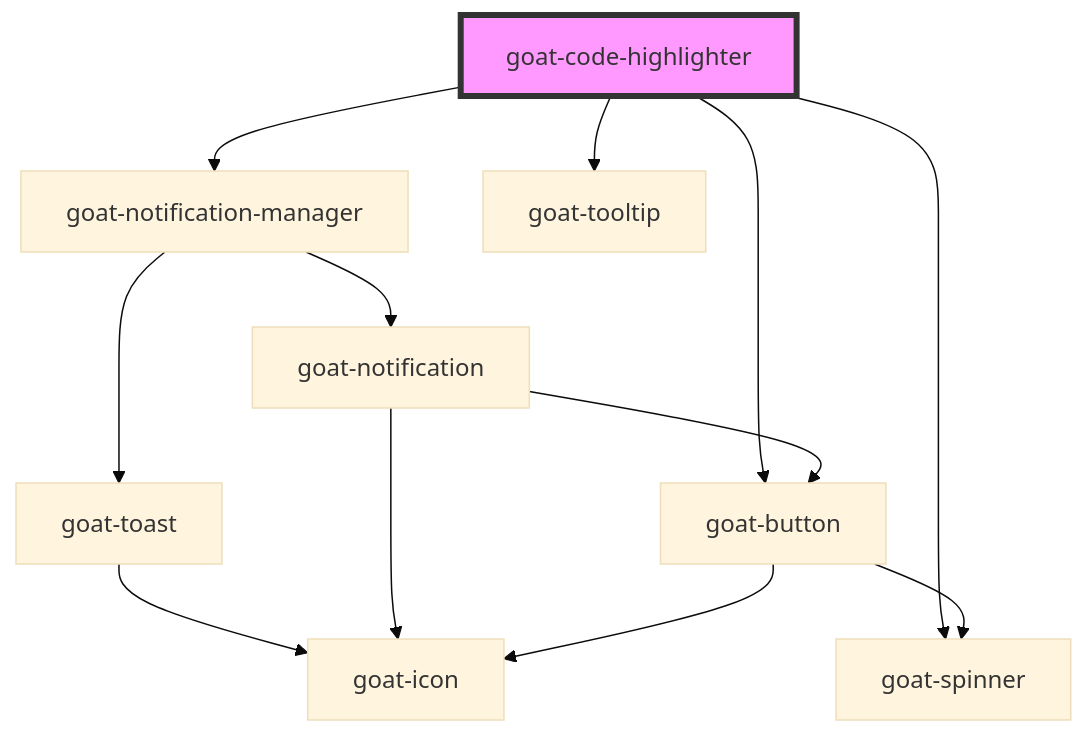
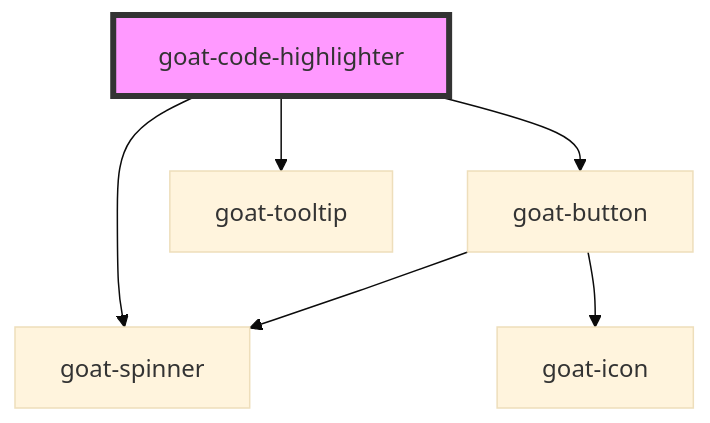
One commit to goatui/components changed the diagram in src/components/application/code-highlighter/readme.md. Above: the diagram before and after it, drawn with Mermaid (base theme). The commit also changed other lines of this file and 137 other files, not shown here.

````diff
--- a/src/components/application/code-highlighter/readme.md
+++ b/src/components/application/code-highlighter/readme.md
@@ -30,15 +29,9 @@
 ```mermaid
 graph TD;
-  goat-code-highlighter --> goat-notification-manager
   goat-code-highlighter --> goat-button
   goat-code-highlighter --> goat-tooltip
   goat-code-highlighter --> goat-spinner
-  goat-notification-manager --> goat-toast
-  goat-notification-manager --> goat-notification
-  goat-toast --> goat-icon
-  goat-notification --> goat-button
-  goat-notification --> goat-icon
   goat-button --> goat-spinner
   goat-button --> goat-icon
   style goat-code-highlighter fill:#f9f,stroke:#333,stroke-width:4px
 ```
````
